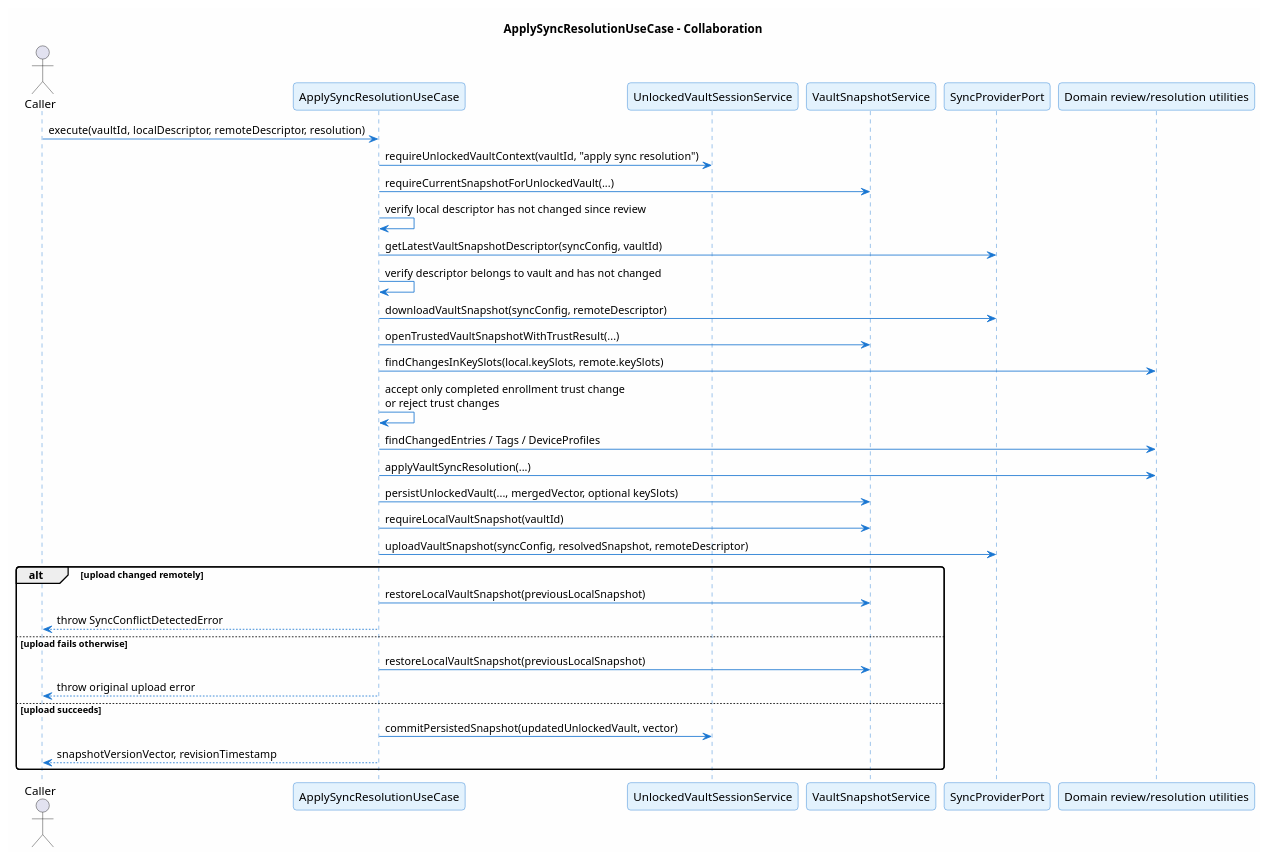
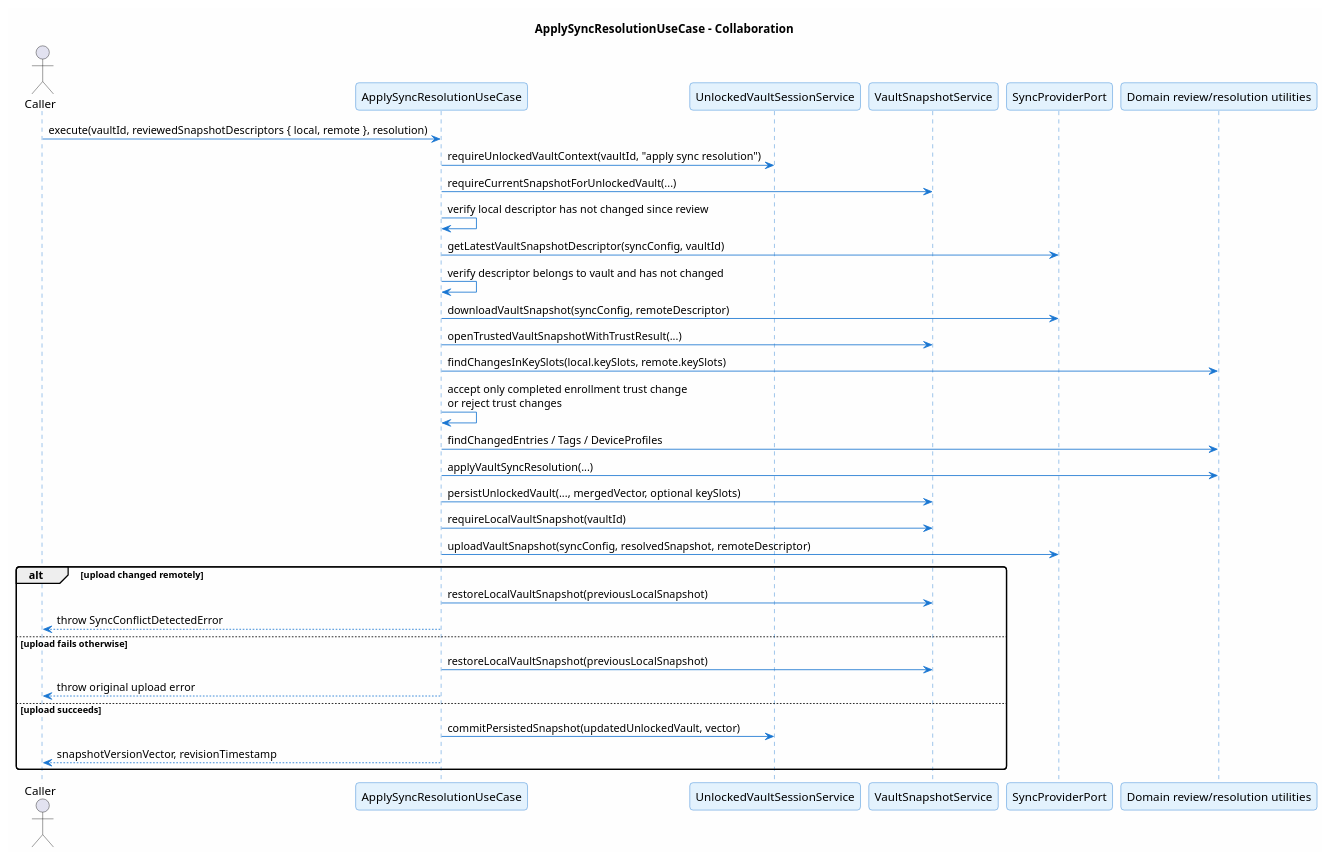
The diagram in docs/v1/use-case/sync/apply-sync-resolution.sequence.puml (ArionStudio/engr-serverless-pm), drawn with PlantUML before and after one commit. The commit also changed 2 other files, not shown here.

```diff
--- a/docs/v1/use-case/sync/apply-sync-resolution.sequence.puml
+++ b/docs/v1/use-case/sync/apply-sync-resolution.sequence.puml
@@ -1,47 +1,47 @@
 @startuml apply-sync-resolution-sequence
 title ApplySyncResolutionUseCase - Collaboration
 
 skinparam backgroundColor #FEFEFE
 skinparam roundcorner 8
 skinparam shadowing false
 skinparam sequence {
   ArrowColor #1976D2
   LifeLineBorderColor #1976D2
   ParticipantBackgroundColor #E3F2FD
   ParticipantBorderColor #1976D2
 }
 
 actor Caller
 participant "ApplySyncResolutionUseCase" as UC
 participant "UnlockedVaultSessionService" as Session
 participant "VaultSnapshotService" as Snapshot
 participant "SyncProviderPort" as Sync
 participant "Domain review/resolution utilities" as Domain
 
-Caller -> UC : execute(vaultId, localDescriptor, remoteDescriptor, resolution)
+Caller -> UC : execute(vaultId, reviewedSnapshotDescriptors { local, remote }, resolution)
 UC -> Session : requireUnlockedVaultContext(vaultId, "apply sync resolution")
 UC -> Snapshot : requireCurrentSnapshotForUnlockedVault(...)
 UC -> UC : verify local descriptor has not changed since review
 UC -> Sync : getLatestVaultSnapshotDescriptor(syncConfig, vaultId)
 UC -> UC : verify descriptor belongs to vault and has not changed
 UC -> Sync : downloadVaultSnapshot(syncConfig, remoteDescriptor)
 UC -> Snapshot : openTrustedVaultSnapshotWithTrustResult(...)
 UC -> Domain : findChangesInKeySlots(local.keySlots, remote.keySlots)
 UC -> UC : accept only completed enrollment trust change\nor reject trust changes
 UC -> Domain : findChangedEntries / Tags / DeviceProfiles
 UC -> Domain : applyVaultSyncResolution(...)
 UC -> Snapshot : persistUnlockedVault(..., mergedVector, optional keySlots)
 UC -> Snapshot : requireLocalVaultSnapshot(vaultId)
 UC -> Sync : uploadVaultSnapshot(syncConfig, resolvedSnapshot, remoteDescriptor)
 alt upload changed remotely
   UC -> Snapshot : restoreLocalVaultSnapshot(previousLocalSnapshot)
   UC --> Caller : throw SyncConflictDetectedError
 else upload fails otherwise
   UC -> Snapshot : restoreLocalVaultSnapshot(previousLocalSnapshot)
   UC --> Caller : throw original upload error
 else upload succeeds
   UC -> Session : commitPersistedSnapshot(updatedUnlockedVault, vector)
   UC --> Caller : snapshotVersionVector, revisionTimestamp
 end
 
 @enduml
```
